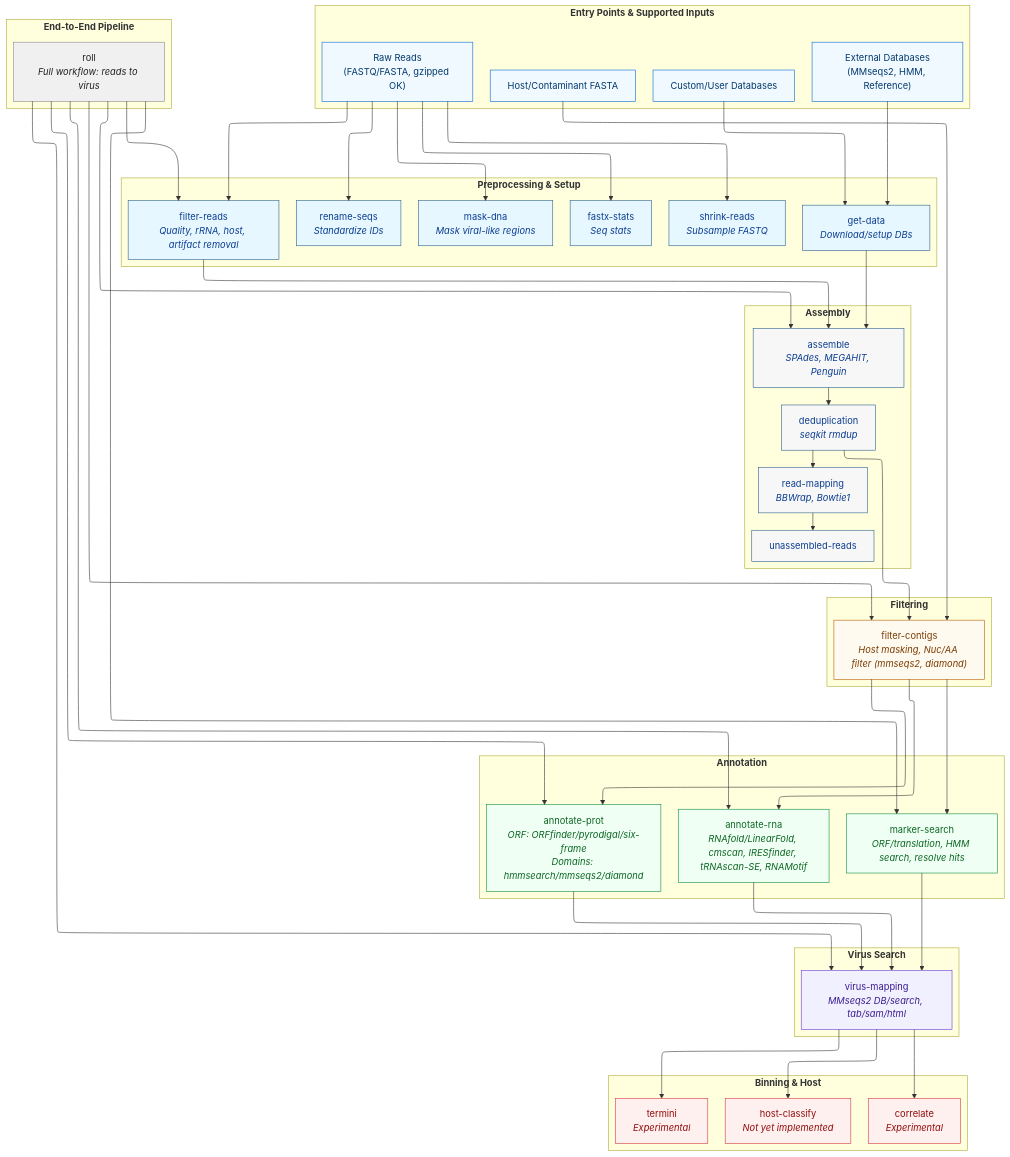
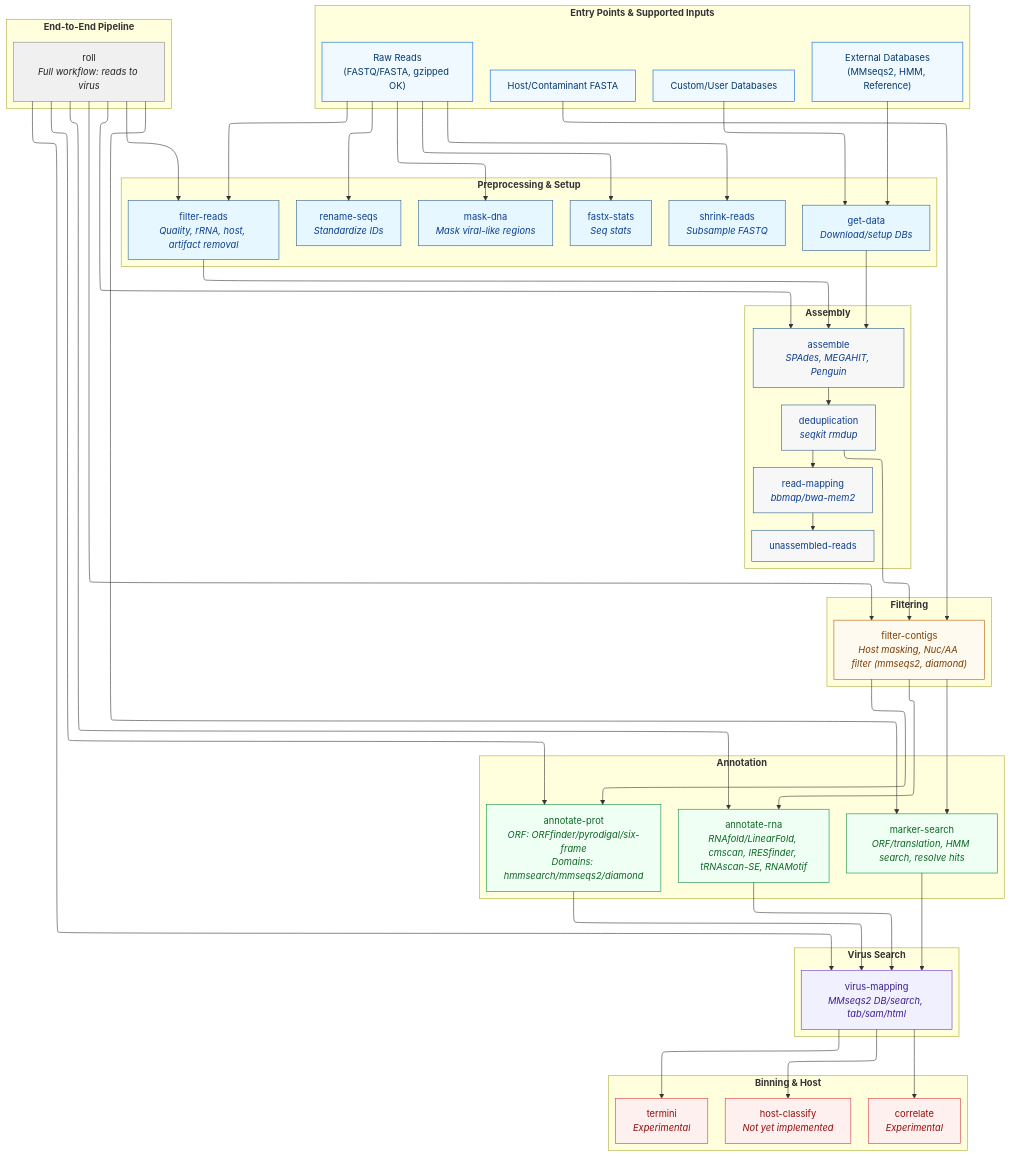
Before and after one commit to UriNeri/rolypoly: the diagram in docs/mkdocs_docs/index.md, drawn with Mermaid. The commit also changed 6 other files, not shown here.

Commit message:
remove bowtie, addbwa-mem2

```diff
--- a/docs/mkdocs_docs/index.md
+++ b/docs/mkdocs_docs/index.md
@@ -75,7 +75,7 @@
  subgraph ASM["<b>Assembly</b>"]
       ASSEMBLY["assemble<br><i>SPAdes, MEGAHIT, Penguin</i>"]
         DEDUP["deduplication<br><i>seqkit rmdup</i>"]
-        MAPPING["read-mapping<br><i>BBWrap, Bowtie1</i>"]
+        MAPPING["read-mapping<br><i>bbmap/bwa-mem2</i>"]
         UNASSEMBLED["unassembled-reads"]
   end
  subgraph FILTER["<b>Filtering</b>"]
```
